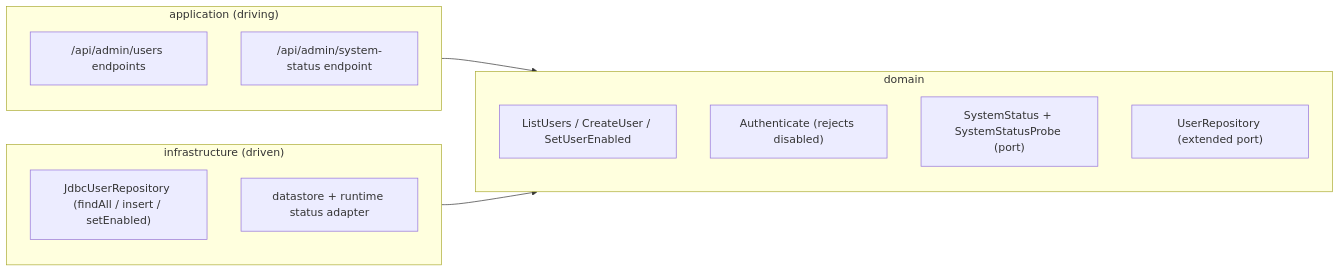
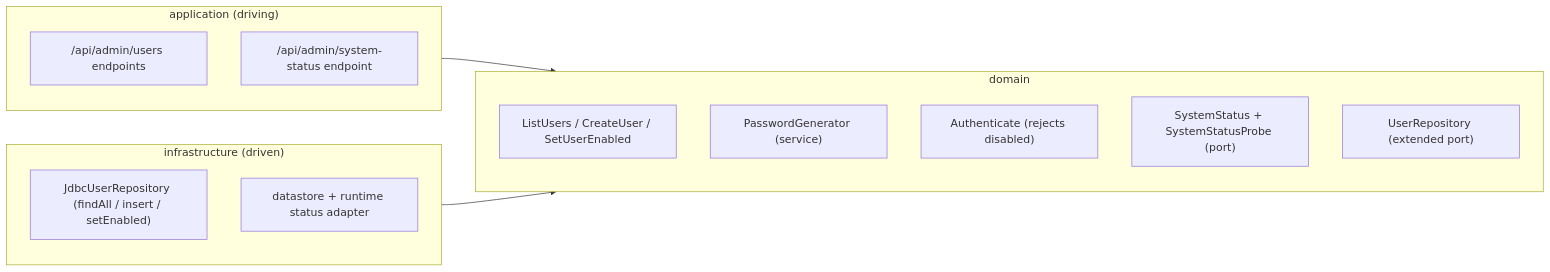
Before and after one commit to earelin/conxugal: the diagram in docs/features/FEAT-0004-administration-area/README.md, drawn with Mermaid. The commit also changed other lines of this file and 1 other file, not shown here.

````diff
--- a/docs/features/FEAT-0004-administration-area/README.md
+++ b/docs/features/FEAT-0004-administration-area/README.md
@@ -43,19 +43,20 @@
 ```mermaid
 flowchart LR
     subgraph application["application (driving)"]
         usersApi["/api/admin/users endpoints"]
         statusApi["/api/admin/system-status endpoint"]
     end
     subgraph domain["domain"]
         lifecycle["ListUsers / CreateUser / SetUserEnabled"]
+        pwgen["PasswordGenerator (service)"]
         authuc["Authenticate (rejects disabled)"]
         status["SystemStatus + SystemStatusProbe (port)"]
         repo["UserRepository (extended port)"]
     end
     subgraph infrastructure["infrastructure (driven)"]
         jdbc["JdbcUserRepository (findAll / insert / setEnabled)"]
         probe["datastore + runtime status adapter"]
     end
     application --> domain
     infrastructure --> domain
 ```
````
